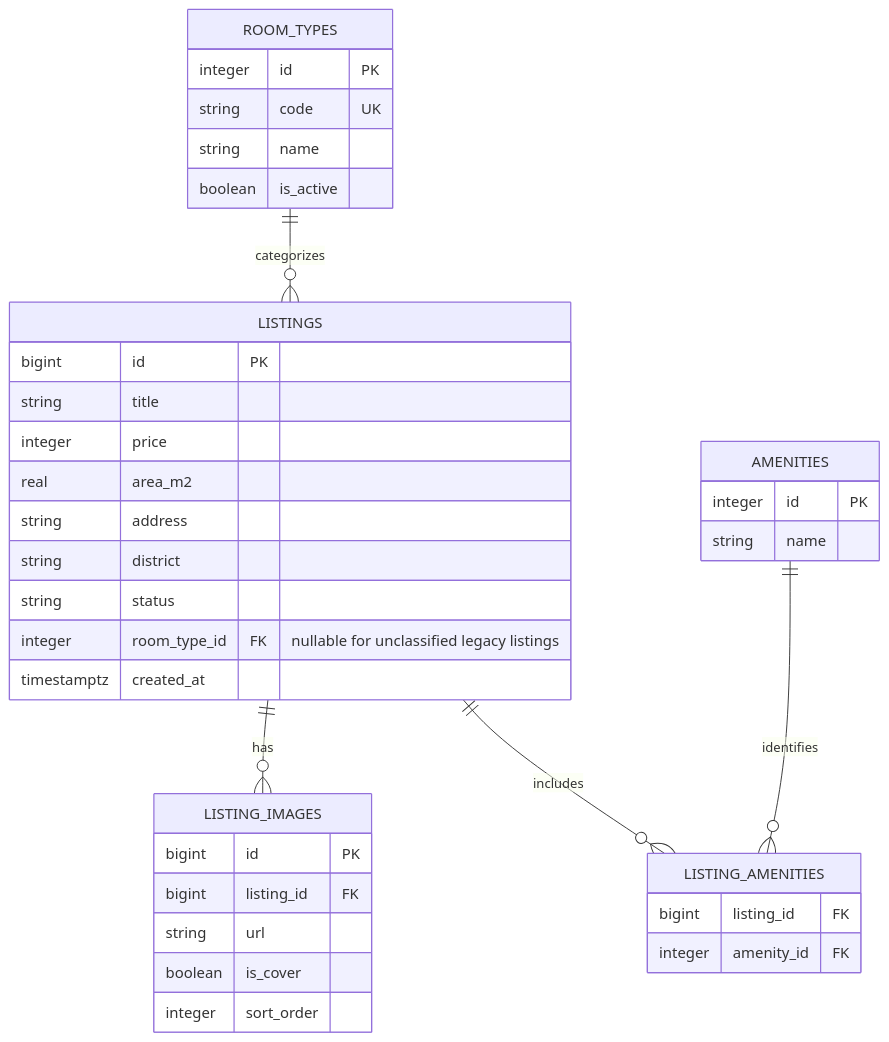
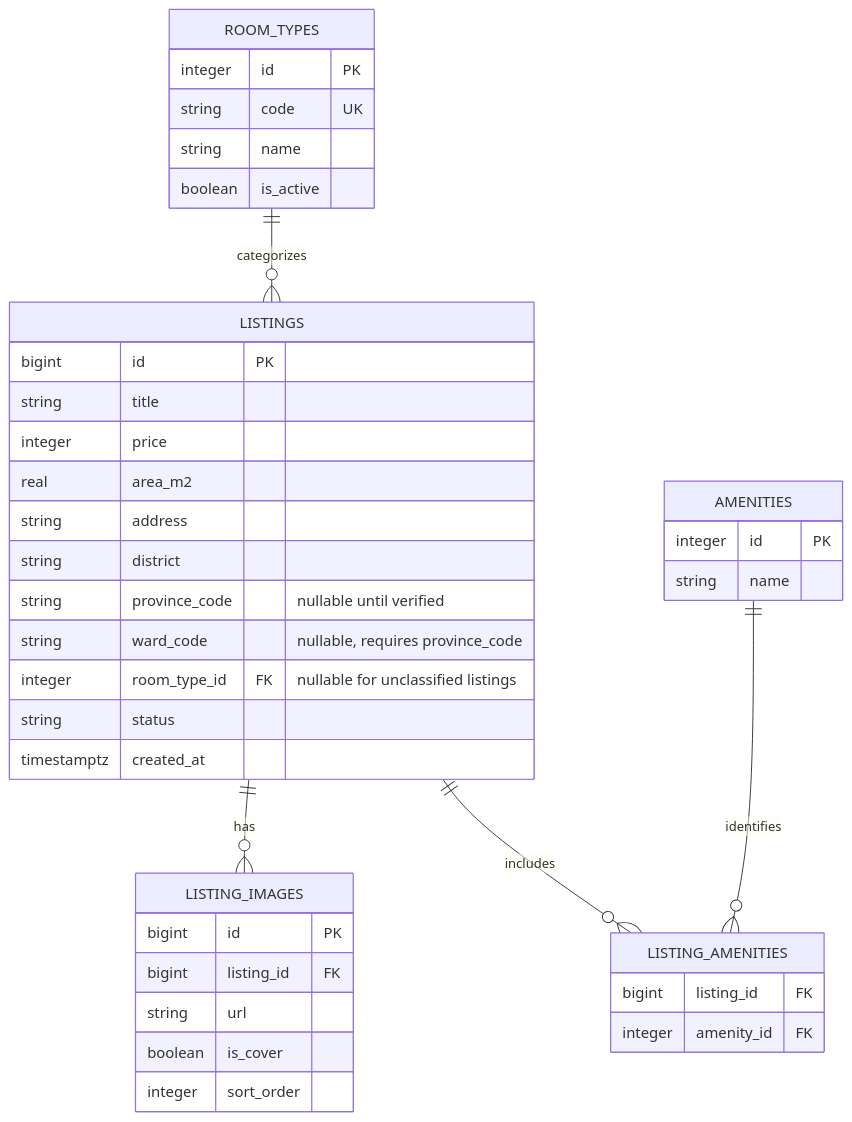
The diagram in src/specs/002-search-filtering/data-model.md (hiedan/Roomify), drawn with Mermaid before and after one commit. The commit also changed other lines of this file and 14 other files, not shown here.

````diff
--- a/src/specs/002-search-filtering/data-model.md
+++ b/src/specs/002-search-filtering/data-model.md
@@ -11,39 +11,41 @@
 ```mermaid
 erDiagram
     ROOM_TYPES ||--o{ LISTINGS : categorizes
     LISTINGS ||--o{ LISTING_IMAGES : has
     LISTINGS ||--o{ LISTING_AMENITIES : includes
     AMENITIES ||--o{ LISTING_AMENITIES : identifies
     ROOM_TYPES {
         integer id PK
         string code UK
         string name
         boolean is_active
     }
     LISTINGS {
         bigint id PK
         string title
         integer price
         real area_m2
         string address
         string district
+        string province_code "nullable until verified"
+        string ward_code "nullable, requires province_code"
+        integer room_type_id FK "nullable for unclassified listings"
         string status
-        integer room_type_id FK "nullable for unclassified legacy listings"
         timestamptz created_at
     }
     LISTING_IMAGES {
         bigint id PK
         bigint listing_id FK
         string url
         boolean is_cover
         integer sort_order
     }
     AMENITIES {
         integer id PK
         string name
     }
     LISTING_AMENITIES {
         bigint listing_id FK
         integer amenity_id FK
     }
 ```
````
